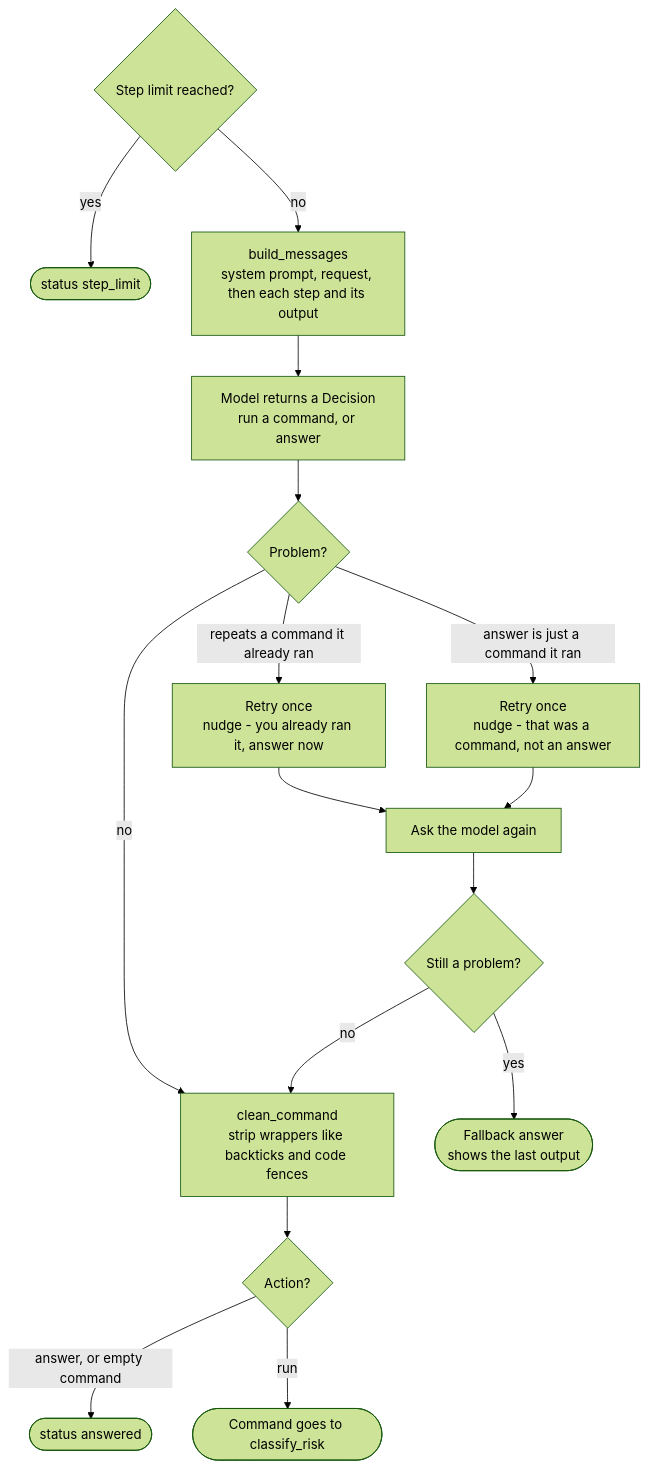
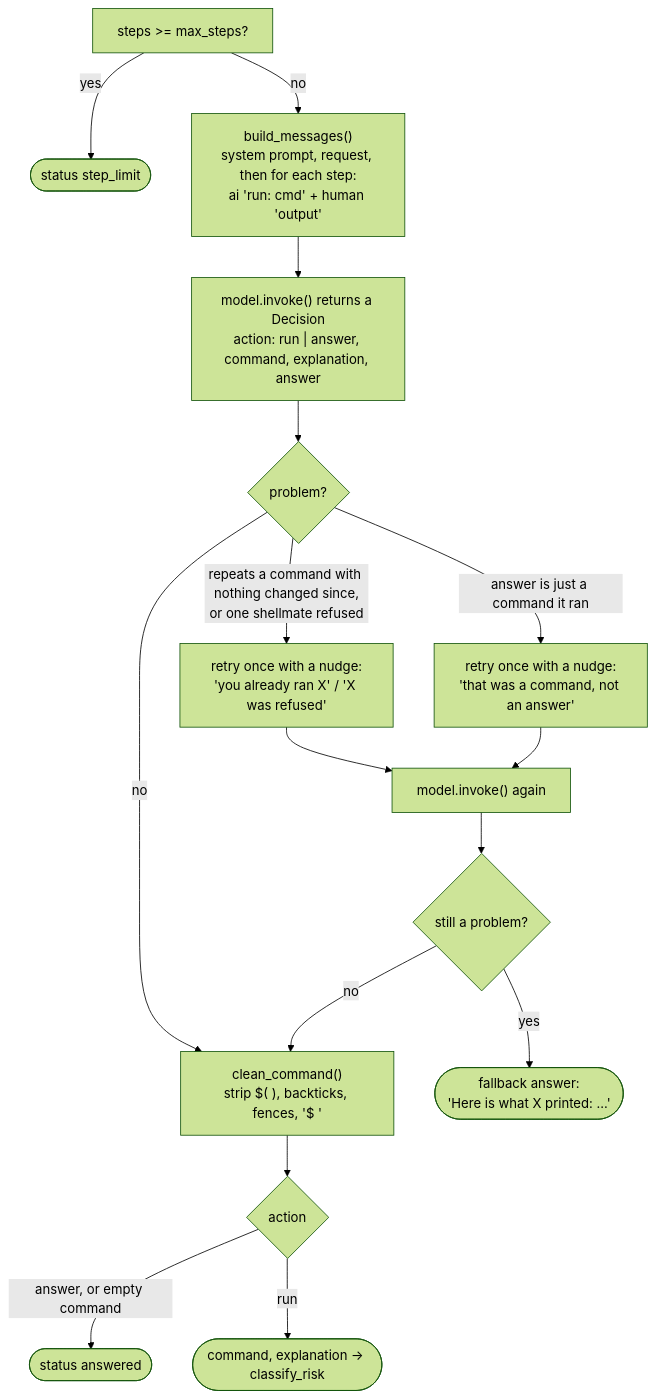
The fourth of 6 diagrams in docs/how-it-works.md (prameshbhattarai/shellmate), drawn with Mermaid (forest theme) before and after one commit. The commit also changed other lines of this file and 10 other files, not shown here.

````diff
--- a/docs/how-it-works.md
+++ b/docs/how-it-works.md
@@ -146,18 +146,18 @@
 ```mermaid
 flowchart TD
-    A{"Step limit reached?"} -->|yes| L(["status step_limit"])
-    A -->|no| B["build_messages<br/>system prompt, request, then each step and its output"]
-    B --> C["Model returns a Decision<br/>run a command, or answer"]
-    C --> P{"Problem?"}
-    P -->|"repeats a command it already ran"| N1["Retry once<br/>nudge - you already ran it, answer now"]
-    P -->|"answer is just a command it ran"| N2["Retry once<br/>nudge - that was a command, not an answer"]
+    A["steps >= max_steps?"] -->|yes| L([status step_limit])
+    A -->|no| B["build_messages()<br/>system prompt, request, then for each step:<br/>ai 'run: cmd' + human 'output'"]
+    B --> C["model.invoke() returns a Decision<br/>action: run | answer, command, explanation, answer"]
+    C --> P{"problem?"}
+    P -->|"repeats a command with nothing changed since,<br/>or one shellmate refused"| N1["retry once with a nudge:<br/>'you already ran X' / 'X was refused'"]
+    P -->|"answer is just a command it ran"| N2["retry once with a nudge:<br/>'that was a command, not an answer'"]
     P -->|no| OK
-    N1 --> C2["Ask the model again"]
+    N1 --> C2["model.invoke() again"]
     N2 --> C2
-    C2 --> P2{"Still a problem?"}
-    P2 -->|yes| FB(["Fallback answer<br/>shows the last output"])
+    C2 --> P2{"still a problem?"}
+    P2 -->|yes| FB(["fallback answer:<br/>'Here is what X printed: ...'"])
     P2 -->|no| OK
-    OK["clean_command<br/>strip wrappers like backticks and code fences"] --> D{"Action?"}
-    D -->|"answer, or empty command"| ANS(["status answered"])
-    D -->|run| CMD(["Command goes to classify_risk"])
+    OK["clean_command()<br/>strip $( ), backticks, fences, '$ '"] --> D{"action"}
+    D -->|"answer, or empty command"| ANS([status answered])
+    D -->|run| CMD(["command, explanation -> classify_risk"])
 ```
````
